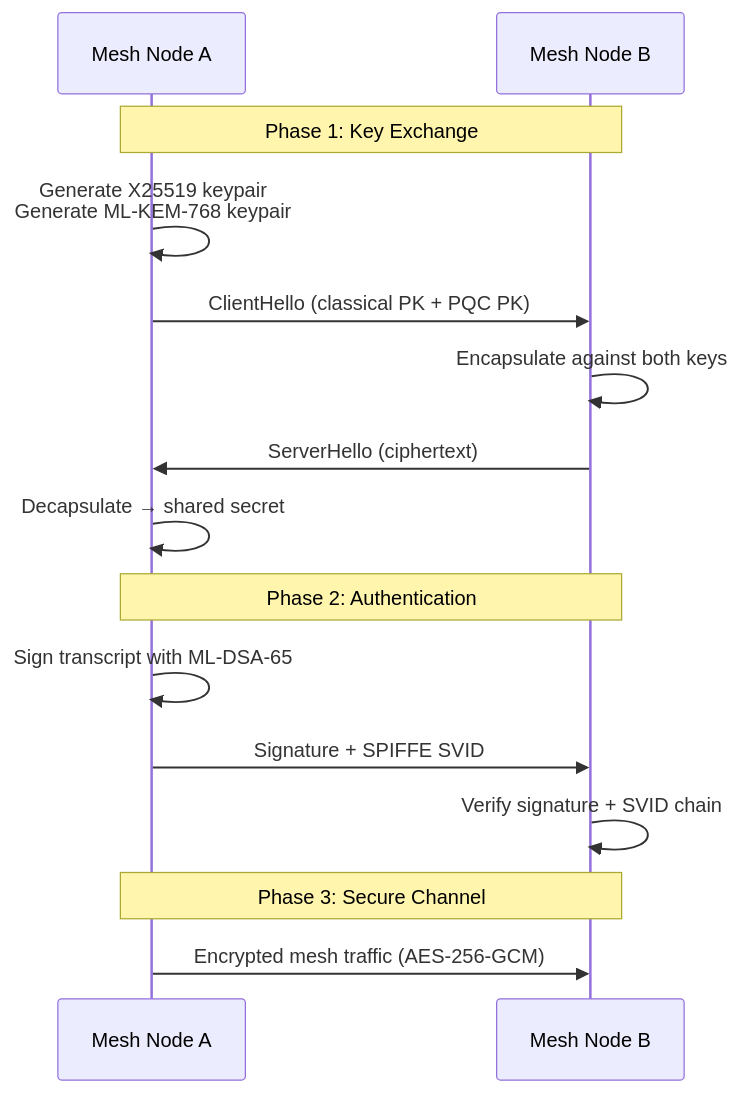
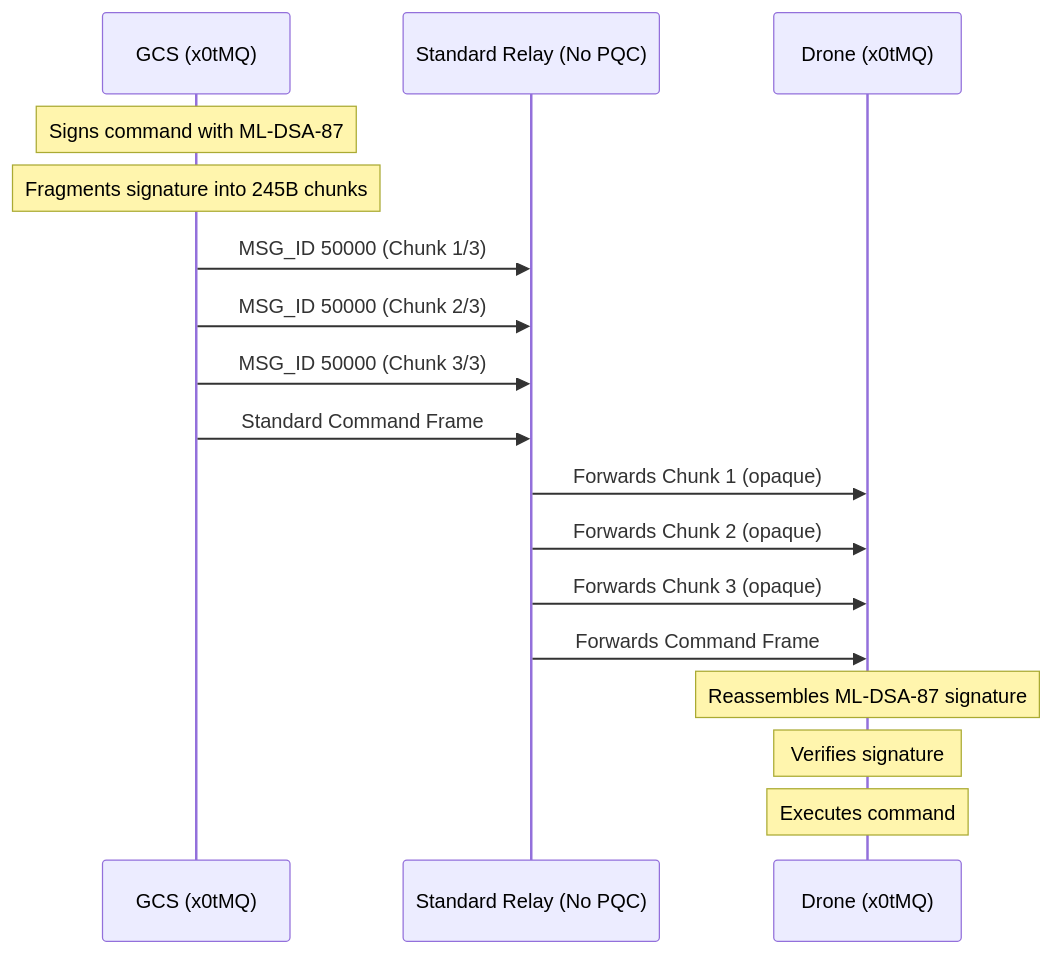
One commit to x0tta6bl4-ai/x0tta6bl4 changed the diagram in README.md. Above: the diagram before and after it, drawn with Mermaid. The commit also changed other lines of this file and 2 other files, not shown here.

````diff
--- a/README.md
+++ b/README.md
@@ -105,20 +24,20 @@
 ```mermaid
 sequenceDiagram
-    participant Alice as Mesh Node A
-    participant Bob as Mesh Node B
+    participant GCS as GCS (x0tMQ)
+    participant Relay as Standard Relay (No PQC)
+    participant UAV as Drone (x0tMQ)
 
-    Note over Alice,Bob: Phase 1: Key Exchange
-    Alice->>Alice: Generate X25519 keypair<br/>Generate ML-KEM-768 keypair
-    Alice->>Bob: ClientHello (classical PK + PQC PK)
-    Bob->>Bob: Encapsulate against both keys
-    Bob->>Alice: ServerHello (ciphertext)
-    Alice->>Alice: Decapsulate → shared secret
-
-    Note over Alice,Bob: Phase 2: Authentication
-    Alice->>Alice: Sign transcript with ML-DSA-65
-    Alice->>Bob: Signature + SPIFFE SVID
-    Bob->>Bob: Verify signature + SVID chain
-
-    Note over Alice,Bob: Phase 3: Secure Channel
-    Alice->>Bob: Encrypted mesh traffic (AES-256-GCM)
+    Note over GCS: Signs command with ML-DSA-87
+    Note over GCS: Fragments signature into 245B chunks
+    GCS->>Relay: MSG_ID 50000 (Chunk 1/3)
+    GCS->>Relay: MSG_ID 50000 (Chunk 2/3)
+    GCS->>Relay: MSG_ID 50000 (Chunk 3/3)
+    GCS->>Relay: Standard Command Frame
+    Relay->>UAV: Forwards Chunk 1 (opaque)
+    Relay->>UAV: Forwards Chunk 2 (opaque)
+    Relay->>UAV: Forwards Chunk 3 (opaque)
+    Relay->>UAV: Forwards Command Frame
+    Note over UAV: Reassembles ML-DSA-87 signature
+    Note over UAV: Verifies signature
+    Note over UAV: Executes command
 ```
````
